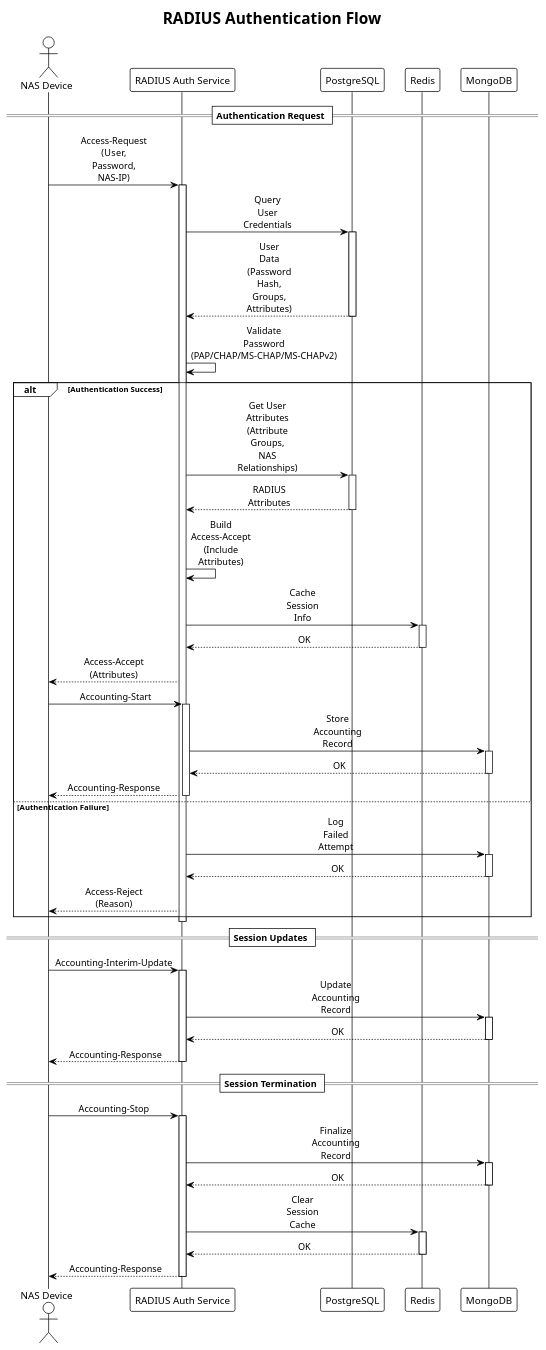
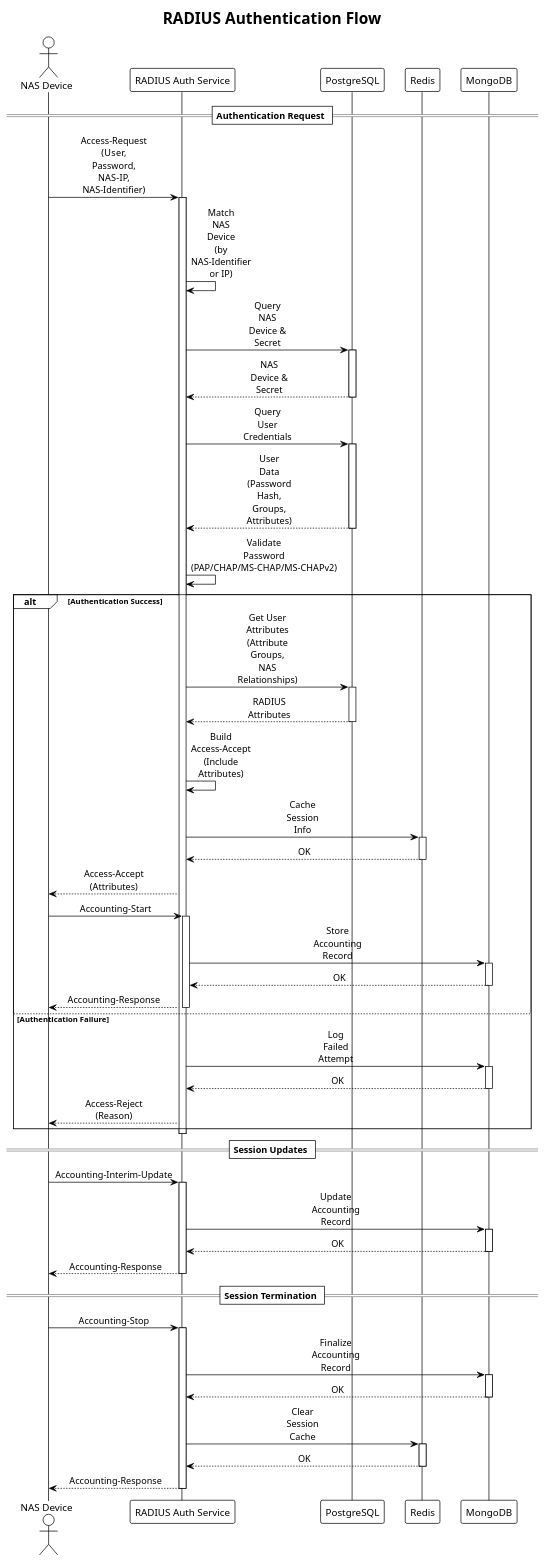
The diagram in docs/diagrams/radius-authentication-flow.puml (ilinaya/OpenRDX), drawn with PlantUML before and after one commit. The commit also changed 19 other files, not shown here.

Commit message:
add NAS-Identifier support for backend, frontend, and API; update database schema, serializers, and UI components; enhance RADIUS server matching logic

```diff
--- a/docs/diagrams/radius-authentication-flow.puml
+++ b/docs/diagrams/radius-authentication-flow.puml
@@ -1,87 +1,93 @@
 @startuml RADIUS Authentication Flow
 !theme plain
 skinparam sequenceMessageAlign center
 skinparam maxMessageSize 60
 
 title RADIUS Authentication Flow
 
 actor "NAS Device" as nas
 participant "RADIUS Auth Service" as auth
 participant "PostgreSQL" as db
 participant "Redis" as redis
 participant "MongoDB" as mongo
 
 == Authentication Request ==
 
-nas -> auth: Access-Request\n(User, Password, NAS-IP)
+nas -> auth: Access-Request\n(User, Password, NAS-IP, NAS-Identifier)
 activate auth
+
+auth -> auth: Match NAS Device\n(by NAS-Identifier or IP)
+auth -> db: Query NAS Device & Secret
+activate db
+db --> auth: NAS Device & Secret
+deactivate db
 
 auth -> db: Query User Credentials
 activate db
 db --> auth: User Data (Password Hash, Groups, Attributes)
 deactivate db
 
 auth -> auth: Validate Password\n(PAP/CHAP/MS-CHAP/MS-CHAPv2)
 
 alt Authentication Success
   auth -> db: Get User Attributes\n(Attribute Groups, NAS Relationships)
   activate db
   db --> auth: RADIUS Attributes
   deactivate db
   
   auth -> auth: Build Access-Accept\n(Include Attributes)
   
   auth -> redis: Cache Session Info
   activate redis
   redis --> auth: OK
   deactivate redis
   
   auth --> nas: Access-Accept\n(Attributes)
   
   nas -> auth: Accounting-Start
   activate auth
   auth -> mongo: Store Accounting Record
   activate mongo
   mongo --> auth: OK
   deactivate mongo
   auth --> nas: Accounting-Response
   deactivate auth
   
 else Authentication Failure
   auth -> mongo: Log Failed Attempt
   activate mongo
   mongo --> auth: OK
   deactivate mongo
   
   auth --> nas: Access-Reject\n(Reason)
 end
 
 deactivate auth
 
 == Session Updates ==
 
 nas -> auth: Accounting-Interim-Update
 activate auth
 auth -> mongo: Update Accounting Record
 activate mongo
 mongo --> auth: OK
 deactivate mongo
 auth --> nas: Accounting-Response
 deactivate auth
 
 == Session Termination ==
 
 nas -> auth: Accounting-Stop
 activate auth
 auth -> mongo: Finalize Accounting Record
 activate mongo
 mongo --> auth: OK
 deactivate mongo
 auth -> redis: Clear Session Cache
 activate redis
 redis --> auth: OK
 deactivate redis
 auth --> nas: Accounting-Response
 deactivate auth
 
 @enduml
```
